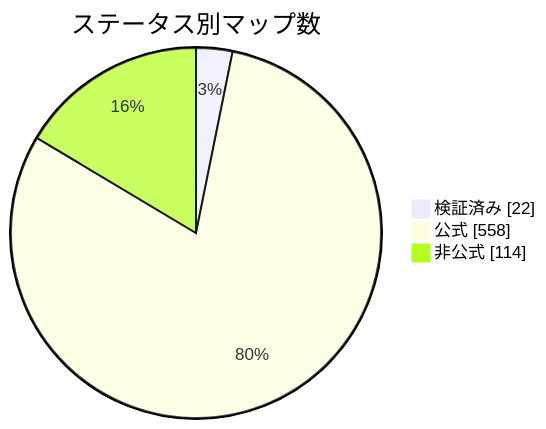
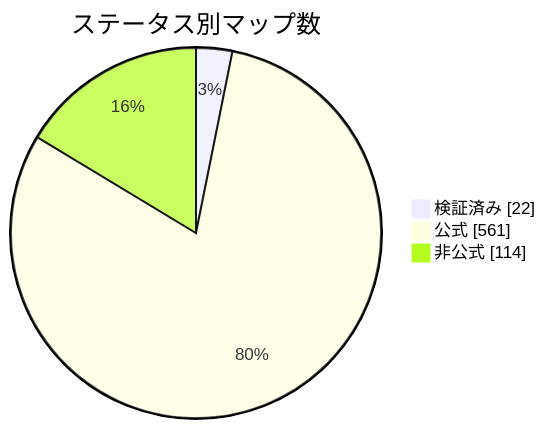
One commit to nobrega8/mbmap-library changed the diagram in docs/readme/README_JP.md. Above: the diagram before and after it, drawn with Mermaid. The commit also changed 8 other files, not shown here.

````diff
--- a/docs/readme/README_JP.md
+++ b/docs/readme/README_JP.md
@@ -54,7 +54,7 @@
 ```mermaid
 pie showData
     title ステータス別マップ数
     "検証済み" : 22
-    "公式" : 558
+    "公式" : 561
     "非公式" : 114
 ```
````
